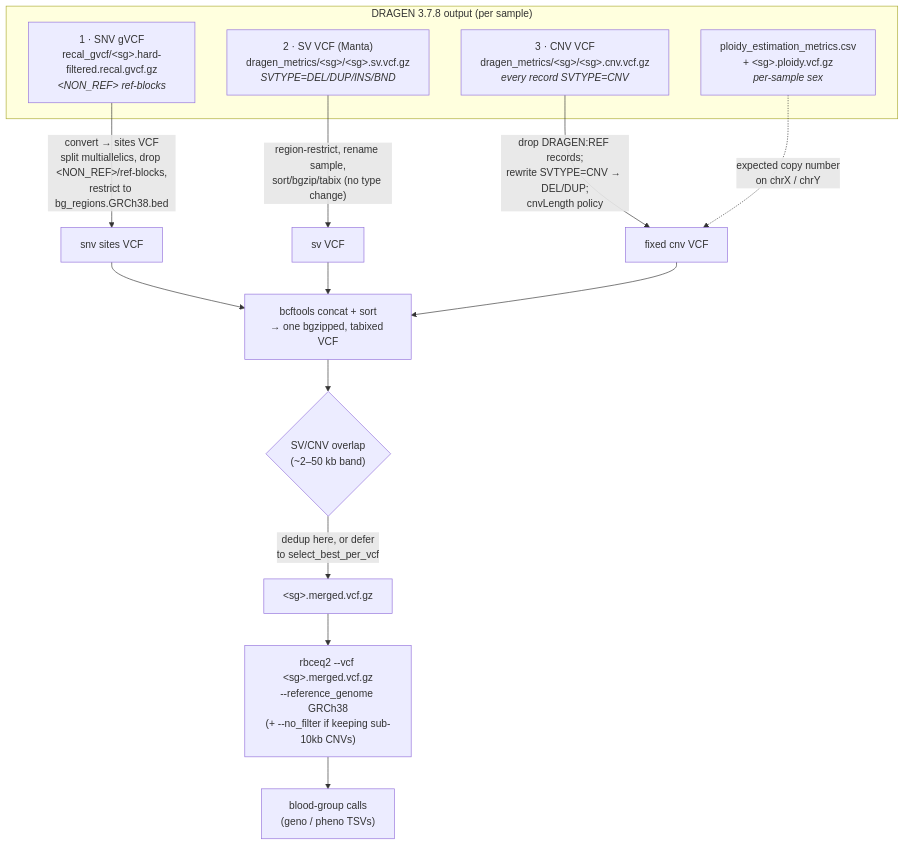
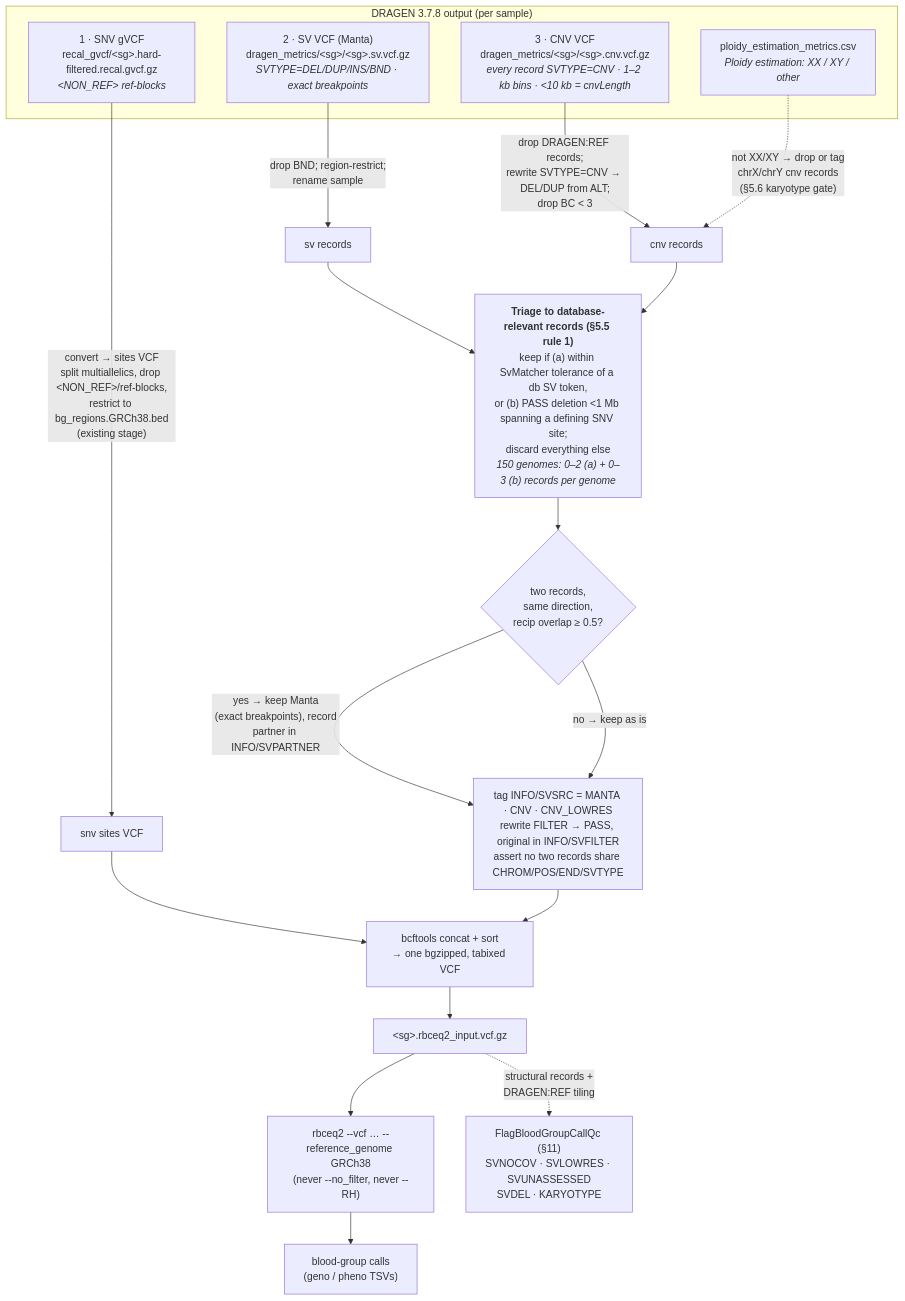
The diagram in docs/rbceq2_cnv_sv/research/dragen_three_source_merge.md (populationgenomics/popgen_rbceq2), drawn with Mermaid before and after one commit. The commit also changed other lines of this file, not shown here.

Commit message:
Redraw the three-source merge diagram to match the spec's triage, one-record-per-event, karyotype gate and QC hand-off

````diff
--- a/docs/rbceq2_cnv_sv/research/dragen_three_source_merge.md
+++ b/docs/rbceq2_cnv_sv/research/dragen_three_source_merge.md
@@ -121,24 +121,31 @@
 ```mermaid
 flowchart TD
     subgraph DRAGEN["DRAGEN 3.7.8 output (per sample)"]
         GVCF["1 · SNV gVCF<br/>recal_gvcf/&lt;sg&gt;.hard-filtered.recal.gvcf.gz<br/><i>&lt;NON_REF&gt; ref-blocks</i>"]
-        SV["2 · SV VCF (Manta)<br/>dragen_metrics/&lt;sg&gt;/&lt;sg&gt;.sv.vcf.gz<br/><i>SVTYPE=DEL/DUP/INS/BND</i>"]
-        CNV["3 · CNV VCF<br/>dragen_metrics/&lt;sg&gt;/&lt;sg&gt;.cnv.vcf.gz<br/><i>every record SVTYPE=CNV</i>"]
-        PLOIDY["ploidy_estimation_metrics.csv<br/>+ &lt;sg&gt;.ploidy.vcf.gz<br/><i>per-sample sex</i>"]
+        SV["2 · SV VCF (Manta)<br/>dragen_metrics/&lt;sg&gt;/&lt;sg&gt;.sv.vcf.gz<br/><i>SVTYPE=DEL/DUP/INS/BND · exact breakpoints</i>"]
+        CNV["3 · CNV VCF<br/>dragen_metrics/&lt;sg&gt;/&lt;sg&gt;.cnv.vcf.gz<br/><i>every record SVTYPE=CNV · 1–2 kb bins · &lt;10 kb = cnvLength</i>"]
+        PLOIDY["ploidy_estimation_metrics.csv<br/><i>Ploidy estimation: XX / XY / other</i>"]
     end
 
-    GVCF -->|"convert → sites VCF<br/>split multiallelics, drop &lt;NON_REF&gt;/ref-blocks,<br/>restrict to bg_regions.GRCh38.bed"| SNVv["snv sites VCF"]
-    SV -->|"region-restrict, rename sample,<br/>sort/bgzip/tabix (no type change)"| SVv["sv VCF"]
-    CNV -->|"drop DRAGEN:REF records;<br/>rewrite SVTYPE=CNV → DEL/DUP;<br/>cnvLength policy"| CNVv["fixed cnv VCF"]
-    PLOIDY -.->|"expected copy number<br/>on chrX / chrY"| CNVv
+    GVCF -->|"convert → sites VCF<br/>split multiallelics, drop &lt;NON_REF&gt;/ref-blocks,<br/>restrict to bg_regions.GRCh38.bed<br/>(existing stage)"| SNVv["snv sites VCF"]
+    SV -->|"drop BND; region-restrict;<br/>rename sample"| SVv["sv records"]
+    CNV -->|"drop DRAGEN:REF records;<br/>rewrite SVTYPE=CNV → DEL/DUP from ALT;<br/>drop BC &lt; 3"| CNVv["cnv records"]
+    PLOIDY -.->|"not XX/XY → drop or tag<br/>chrX/chrY cnv records<br/>(§5.6 karyotype gate)"| CNVv
+
+    SVv --> TRIAGE
+    CNVv --> TRIAGE
+    TRIAGE["<b>Triage to database-relevant records (§5.5 rule 1)</b><br/>keep if (a) within SvMatcher tolerance of a db SV token,<br/>or (b) PASS deletion &lt;1 Mb spanning a defining SNV site;<br/>discard everything else<br/><i>150 genomes: 0–2 (a) + 0–3 (b) records per genome</i>"]
+
+    TRIAGE --> ONE{"two records,<br/>same direction,<br/>recip overlap ≥ 0.5?"}
+    ONE -->|"yes → keep Manta<br/>(exact breakpoints), record<br/>partner in INFO/SVPARTNER"| TAG
+    ONE -->|"no → keep as is"| TAG
+    TAG["tag INFO/SVSRC = MANTA · CNV · CNV_LOWRES<br/>rewrite FILTER → PASS, original in INFO/SVFILTER<br/>assert no two records share CHROM/POS/END/SVTYPE"]
 
     SNVv --> MERGE["bcftools concat + sort<br/>→ one bgzipped, tabixed VCF"]
-    SVv --> MERGE
-    CNVv --> MERGE
+    TAG --> MERGE
+    MERGE --> VCF["&lt;sg&gt;.rbceq2_input.vcf.gz"]
 
-    MERGE --> DEDUP{"SV/CNV overlap<br/>(~2–50 kb band)"}
-    DEDUP -->|"dedup here, or defer<br/>to select_best_per_vcf"| VCF["&lt;sg&gt;.merged.vcf.gz"]
-
-    VCF --> RBC["rbceq2 --vcf &lt;sg&gt;.merged.vcf.gz<br/>--reference_genome GRCh38<br/>(+ --no_filter if keeping sub-10kb CNVs)"]
+    VCF --> RBC["rbceq2 --vcf … --reference_genome GRCh38<br/>(never --no_filter, never --RH)"]
     RBC --> OUT["blood-group calls<br/>(geno / pheno TSVs)"]
+    VCF -.->|"structural records +<br/>DRAGEN:REF tiling"| QC["FlagBloodGroupCallQc (§11)<br/>SVNOCOV · SVLOWRES · SVUNASSESSED<br/>SVDEL · KARYOTYPE"]
 ```
````
